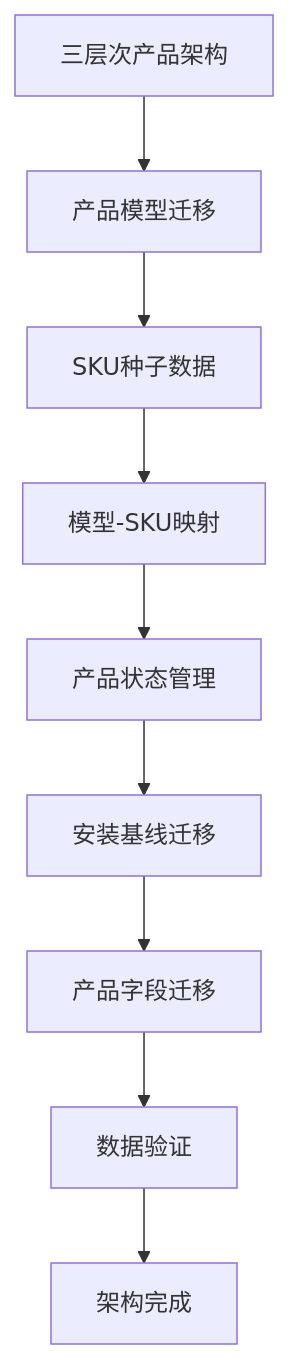
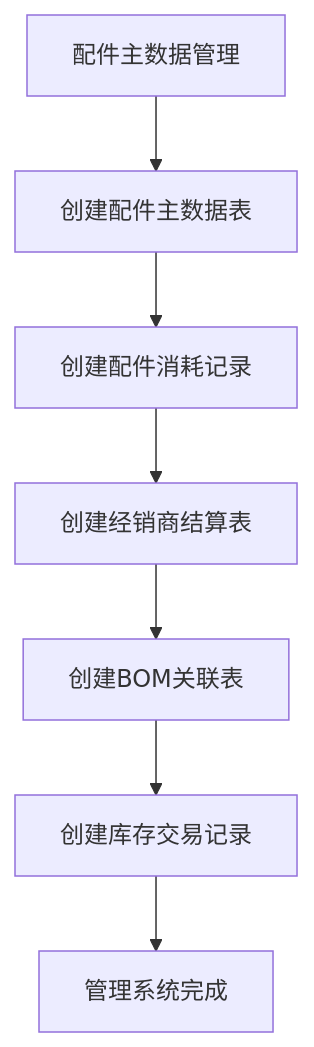
Before and after one commit to CubeEdge/Longhorn: the seventh of 31 diagrams in .qoder/repowiki/zh/content/数据迁移脚本.md, drawn with Mermaid. The commit also changed other lines of this file and 28 other files, not shown here.

````diff
--- a/.qoder/repowiki/zh/content/数据迁移脚本.md
+++ b/.qoder/repowiki/zh/content/数据迁移脚本.md
@@ -341,11 +582,9 @@
 ```mermaid
 flowchart TD
-ThreeLayer[三层次产品架构] --> ProductModels[产品模型迁移]
-ProductModels --> SKUSeed[SKU种子数据]
-SKUSeed --> ModelSKU[模型-SKU映射]
-ModelSKU --> ProductStatus[产品状态管理]
-ProductStatus --> InstalledBase[安装基线迁移]
-InstalledBase --> ProductFields[产品字段迁移]
-ProductFields --> DataValidation[数据验证]
-DataValidation --> Complete[架构完成]
+PartsMaster[配件主数据管理] --> CreatePartsMaster[创建配件主数据表]
+CreatePartsMaster --> CreateConsumption[创建配件消耗记录]
+CreateConsumption --> CreateSettlements[创建经销商结算表]
+CreateSettlements --> CreateBOM[创建BOM关联表]
+CreateBOM --> CreateTransactions[创建库存交易记录]
+CreateTransactions --> Complete[管理系统完成]
 ```
````
